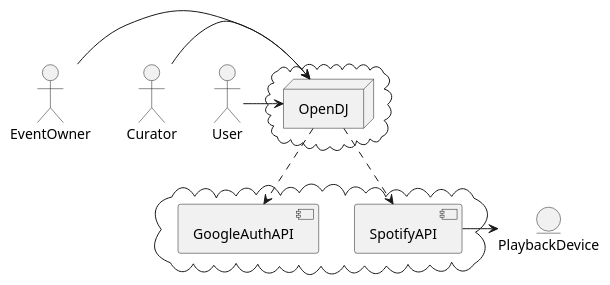
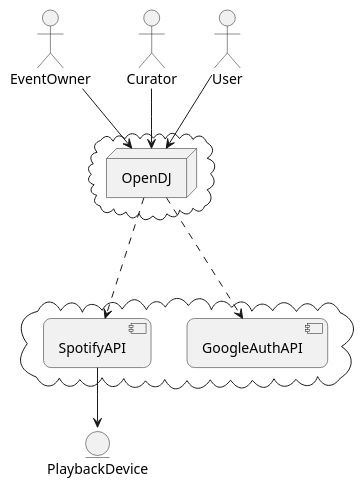
The diagram in docs/20architecture/systemcontext.puml (sa-mw-dach/opendj), drawn with PlantUML before and after one commit.

Commit message:
Layout fixed #42

```diff
--- a/docs/20architecture/systemcontext.puml
+++ b/docs/20architecture/systemcontext.puml
@@ -1,40 +1,41 @@
 @startuml component
-'skinparam monochrome true
-'skinparam handwritten true
+' skinparam linetype ortho 
+' skinparam linetype polyline 
+skinparam roundcorner 15
 
 
 together {
   actor User
   actor Curator
   actor EventOwner
 }
 
 cloud  {
 node OpenDJ as System
 ' TODO: Do we want to embedd / show components here already?
 '{
 ' component frontend 
 ' component playlist 
 ' component spotify 
 ' }
 }
 
-User -> System
-Curator -> System
-EventOwner -> System
+User -down-> System
+Curator -down-> System
+EventOwner -down-> System
 
 cloud  {
   component SpotifyAPI 
   component GoogleAuthAPI 
 }
 
 entity PlaybackDevice
 
 'User ^-- Curator
 'User ^-- EventOwner
 
 
-System ..> SpotifyAPI
+System ...> SpotifyAPI
 System ..> GoogleAuthAPI
-SpotifyAPI -> PlaybackDevice
+SpotifyAPI --> PlaybackDevice
 @enduml
```
